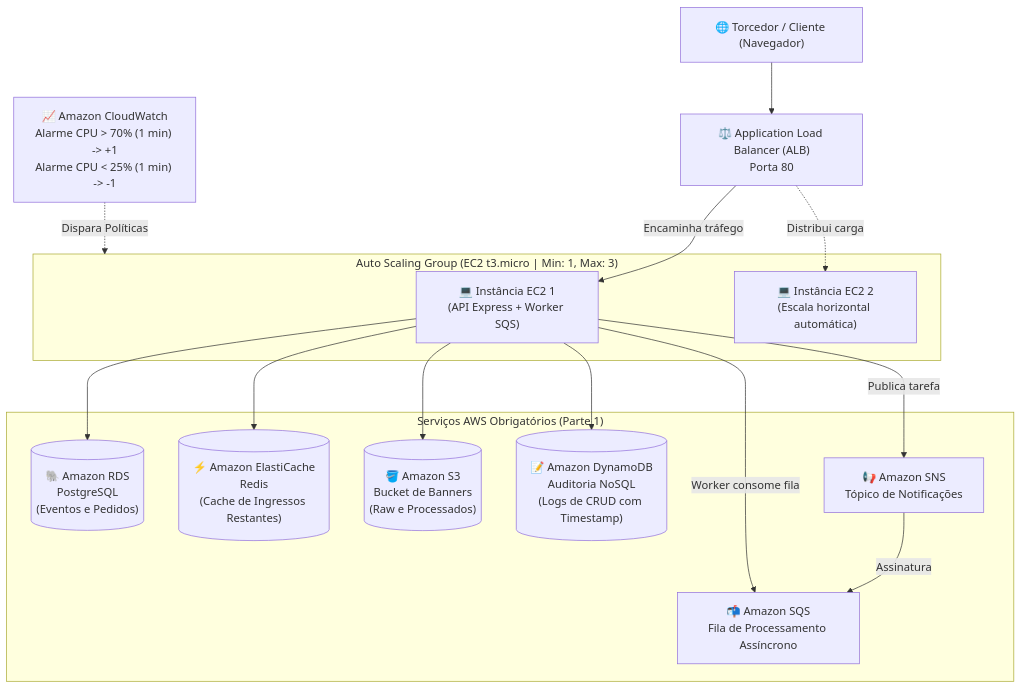
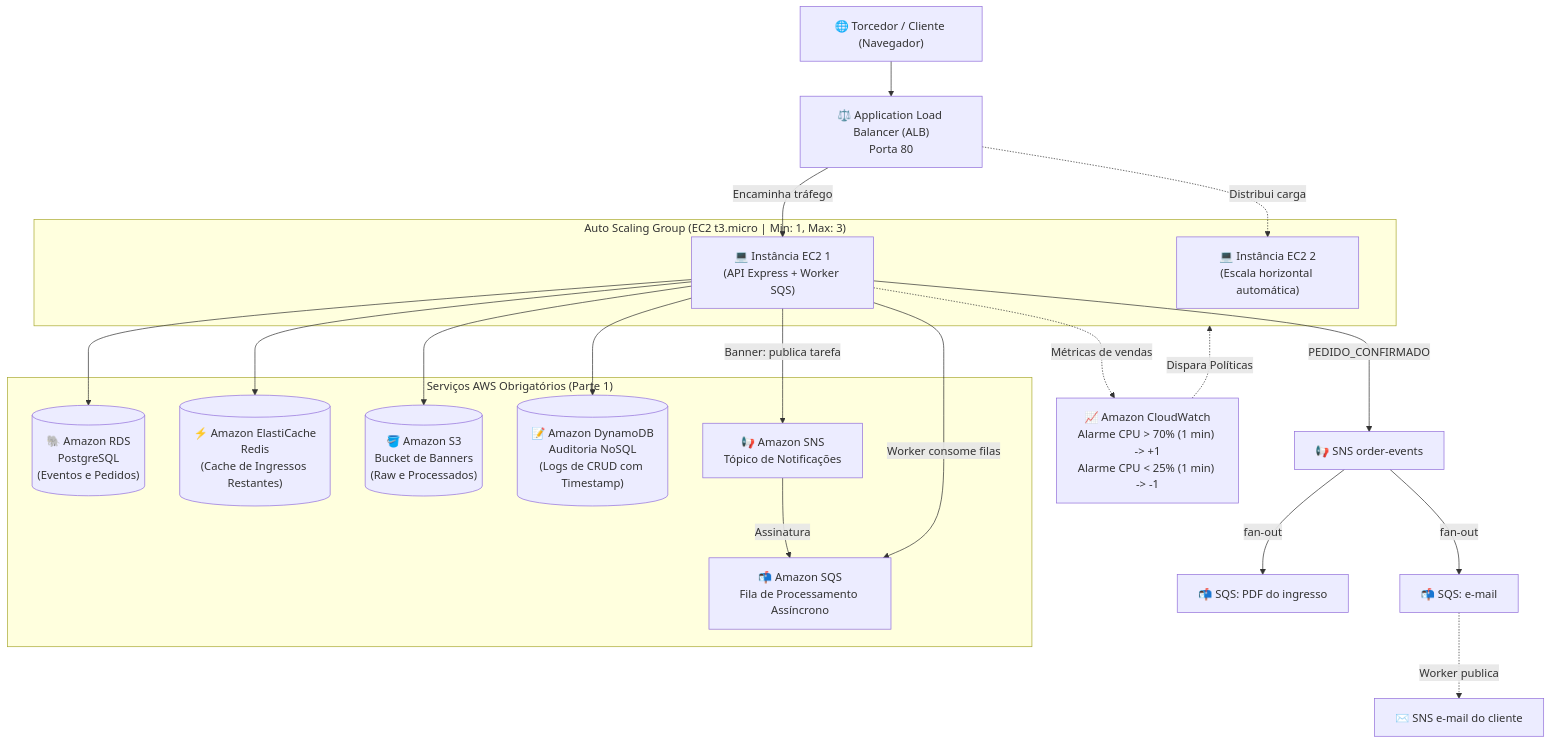
One commit to kl3berCosta/LojaArenaCastelao changed the diagram in README.md. Above: the diagram before and after it, drawn with Mermaid. The commit also changed other lines of this file and 45 other files, not shown here.

````diff
--- a/README.md
+++ b/README.md
@@ -18,31 +28,36 @@
 ```mermaid
 flowchart TD
     User["🌐 Torcedor / Cliente (Navegador)"] --> ALB["⚖️ Application Load Balancer (ALB)\nPorta 80"]
 
     subgraph ASG ["Auto Scaling Group (EC2 t3.micro | Min: 1, Max: 3)"]
         EC2_1["💻 Instância EC2 1\n(API Express + Worker SQS)"]
         EC2_2["💻 Instância EC2 2\n(Escala horizontal automática)"]
     end
 
     ALB -->|Encaminha tráfego| EC2_1
     ALB -.->|Distribui carga| EC2_2
 
     CW["📈 Amazon CloudWatch\nAlarme CPU > 70% (1 min) -> +1\nAlarme CPU < 25% (1 min) -> -1"] -.->|Dispara Políticas| ASG
 
     subgraph Services ["Serviços AWS Obrigatórios (Parte 1)"]
         RDS[("🐘 Amazon RDS\nPostgreSQL\n(Eventos e Pedidos)")]
         Redis[("⚡ Amazon ElastiCache\nRedis\n(Cache de Ingressos Restantes)")]
         S3[("🪣 Amazon S3\nBucket de Banners\n(Raw e Processados)")]
         Dynamo[("📝 Amazon DynamoDB\nAuditoria NoSQL\n(Logs de CRUD com Timestamp)")]
         SQS["📬 Amazon SQS\nFila de Processamento Assíncrono"]
         SNS["📢 Amazon SNS\nTópico de Notificações"]
     end
 
     EC2_1 --> RDS
     EC2_1 --> Redis
     EC2_1 --> S3
     EC2_1 --> Dynamo
-    EC2_1 -->|Publica tarefa| SNS
+    EC2_1 -->|Banner: publica tarefa| SNS
     SNS -->|Assinatura| SQS
-    EC2_1 -->|Worker consome fila| SQS
+    EC2_1 -->|Worker consome filas| SQS
+    EC2_1 -->|PEDIDO_CONFIRMADO| SNSO["📢 SNS order-events"]
+    SNSO -->|fan-out| QT["📬 SQS: PDF do ingresso"]
+    SNSO -->|fan-out| QN["📬 SQS: e-mail"]
+    QN -.->|Worker publica| SNSE["✉️ SNS e-mail do cliente"]
+    EC2_1 -.->|Métricas de vendas| CW
 ```
````
